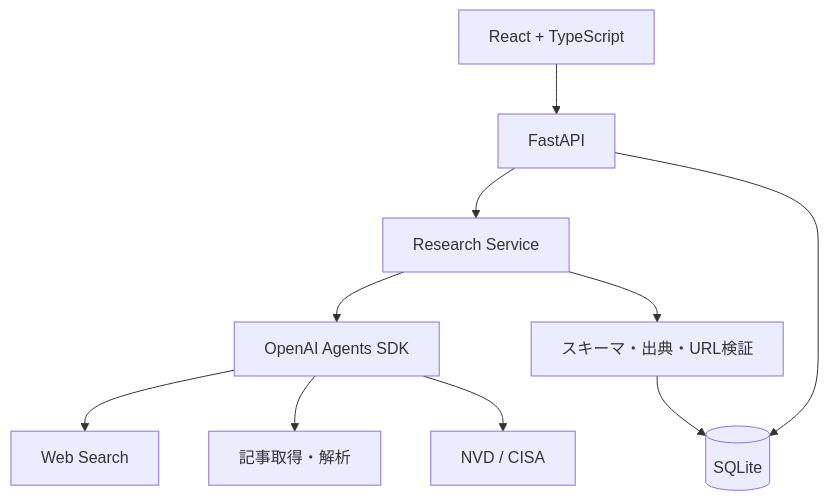
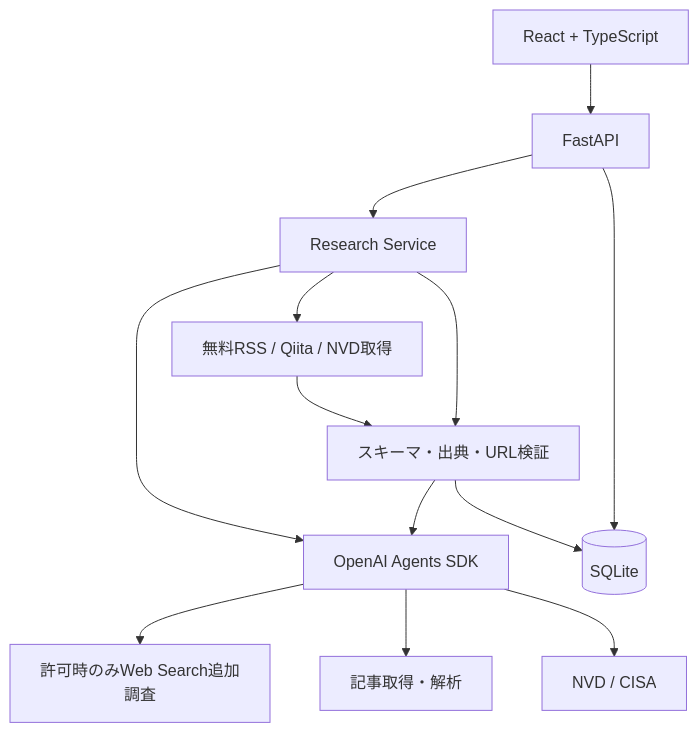
One commit to maki-biz/ai-news-agent changed the diagram in docs/requirements.md. Above: the diagram before and after it, drawn with Mermaid. The commit also changed other lines of this file and 23 other files, not shown here.

````diff
--- a/docs/requirements.md
+++ b/docs/requirements.md
@@ -73,12 +87,15 @@
 ```mermaid
 flowchart TD
     UI[React + TypeScript] --> API[FastAPI]
     API --> SERVICE[Research Service]
     SERVICE --> AGENT[OpenAI Agents SDK]
-    AGENT --> SEARCH[Web Search]
+    SERVICE --> COLLECT[無料RSS / Qiita / NVD取得]
+    COLLECT --> VALIDATE
+    VALIDATE --> AGENT
+    AGENT --> SEARCH[許可時のみWeb Search追加調査]
     AGENT --> ARTICLE[記事取得・解析]
     AGENT --> CVE[NVD / CISA]
     SERVICE --> VALIDATE[スキーマ・出典・URL検証]
     VALIDATE --> DB[(SQLite)]
     API --> DB
 ```
````
